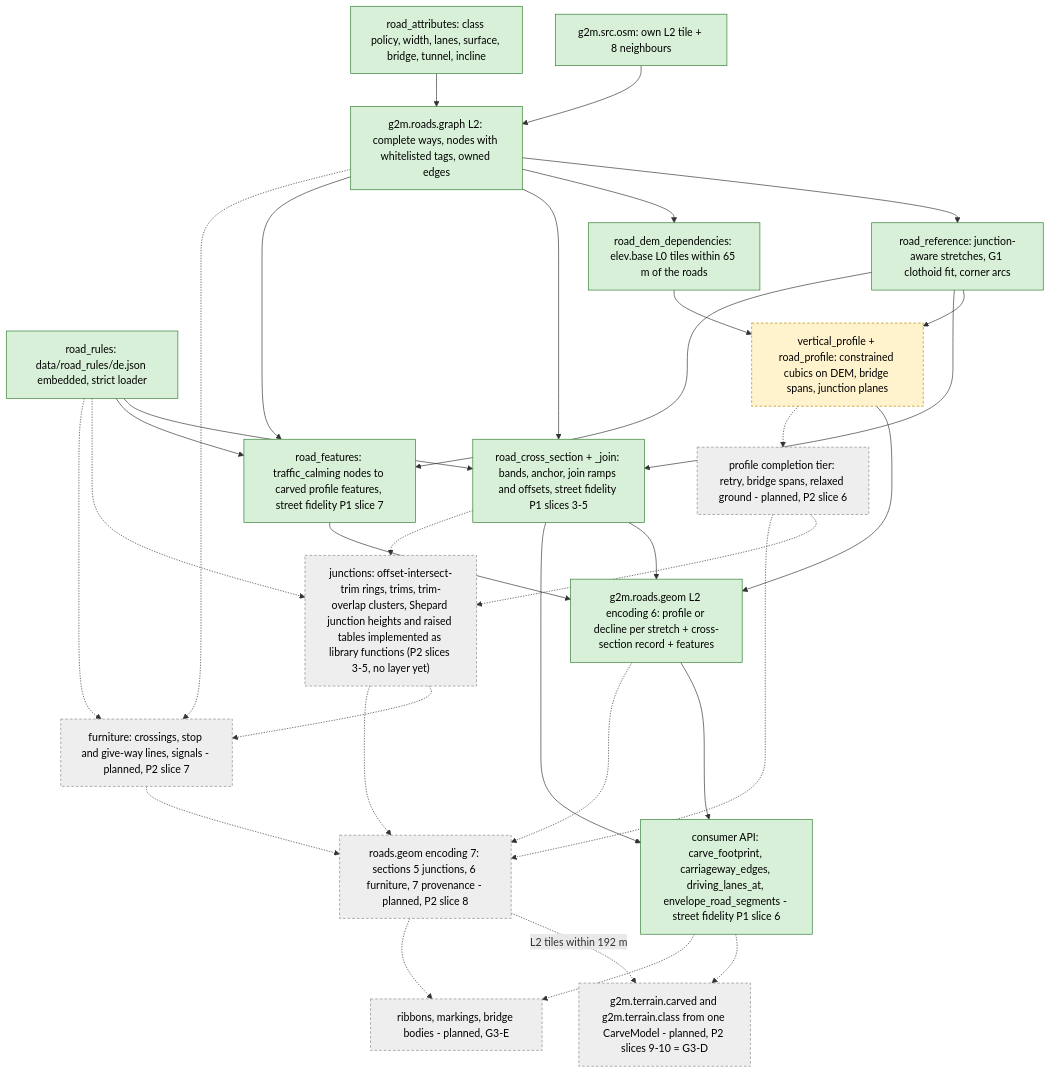
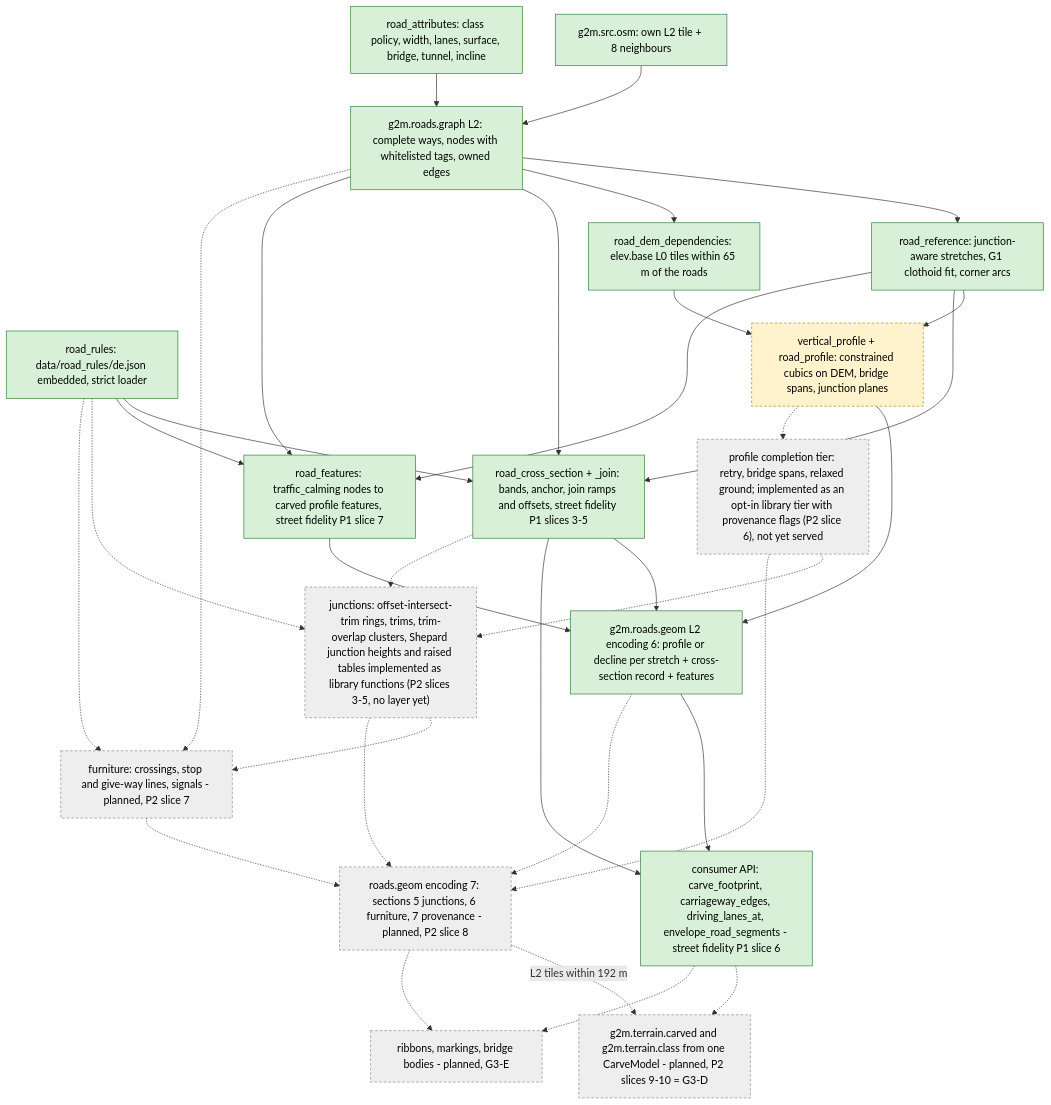
One commit to SebastianDanielFrenz/geo2map_engine changed the diagram in docs/pipeline/roads.md. Above: the diagram before and after it, drawn with Mermaid. The commit also changed other lines of this file and 12 other files, not shown here.

````diff
--- a/docs/pipeline/roads.md
+++ b/docs/pipeline/roads.md
@@ -7,56 +7,56 @@
 ```mermaid
 flowchart TD
   OSM9["g2m.src.osm: own L2 tile + 8 neighbours"]
   ATTR["road_attributes: class policy, width, lanes, surface, bridge, tunnel, incline"]
   GRAPH["g2m.roads.graph L2: complete ways, nodes with whitelisted tags, owned edges"]
   RULES["road_rules: data/road_rules/de.json embedded, strict loader"]
   XS["road_cross_section + _join: bands, anchor, join ramps and offsets, street fidelity P1 slices 3-5"]
   API["consumer API: carve_footprint, carriageway_edges, driving_lanes_at, envelope_road_segments - street fidelity P1 slice 6"]
   REF["road_reference: junction-aware stretches, G1 clothoid fit, corner arcs"]
   DEMDEP["road_dem_dependencies: elev.base L0 tiles within 65 m of the roads"]
   PROF["vertical_profile + road_profile: constrained cubics on DEM, bridge spans, junction planes"]
   FEAT["road_features: traffic_calming nodes to carved profile features, street fidelity P1 slice 7"]
   GEOM["g2m.roads.geom L2 encoding 6: profile or decline per stretch + cross-section record + features"]
-  COMPL["profile completion tier: retry, bridge spans, relaxed ground - planned, P2 slice 6"]
+  COMPL["profile completion tier: retry, bridge spans, relaxed ground; implemented as an opt-in library tier with provenance flags (P2 slice 6), not yet served"]
   JUNC["junctions: offset-intersect-trim rings, trims, trim-overlap clusters, Shepard junction heights and raised tables implemented as library functions (P2 slices 3-5, no layer yet)"]
   FURN["furniture: crossings, stop and give-way lines, signals - planned, P2 slice 7"]
   GEOM7["roads.geom encoding 7: sections 5 junctions, 6 furniture, 7 provenance - planned, P2 slice 8"]
   CARVE["g2m.terrain.carved and g2m.terrain.class from one CarveModel - planned, P2 slices 9-10 = G3-D"]
   RIB["ribbons, markings, bridge bodies - planned, G3-E"]
   OSM9 --> GRAPH
   ATTR --> GRAPH
   GRAPH --> REF --> PROF
   GRAPH --> DEMDEP --> PROF
   RULES --> XS
   GRAPH --> XS
   REF --> XS
   XS --> GEOM
   GRAPH --> FEAT
   REF --> FEAT
   RULES --> FEAT
   FEAT --> GEOM
   PROF --> GEOM
   XS --> API
   GEOM --> API
   PROF -.-> COMPL
   COMPL -.-> JUNC
   XS -.-> JUNC
   RULES -.-> JUNC
   JUNC -.-> FURN
   GRAPH -.-> FURN
   RULES -.-> FURN
   COMPL -.-> GEOM7
   JUNC -.-> GEOM7
   FURN -.-> GEOM7
   GEOM -.-> GEOM7
   GEOM7 -.->|"L2 tiles within 192 m"| CARVE
   API -.-> CARVE
   API -.-> RIB
   GEOM7 -.-> RIB
   classDef done fill:#d8f0d8,stroke:#2e7d32,color:#000;
   classDef part fill:#fff3cd,stroke:#b58900,stroke-dasharray:4 3,color:#000;
   classDef plan fill:#eeeeee,stroke:#888888,stroke-dasharray:4 3,color:#000;
   class OSM9,ATTR,GRAPH,REF,DEMDEP,GEOM,RULES,XS,API,FEAT done;
   class PROF part;
   class COMPL,JUNC,FURN,GEOM7,CARVE,RIB plan;
 ```
````
